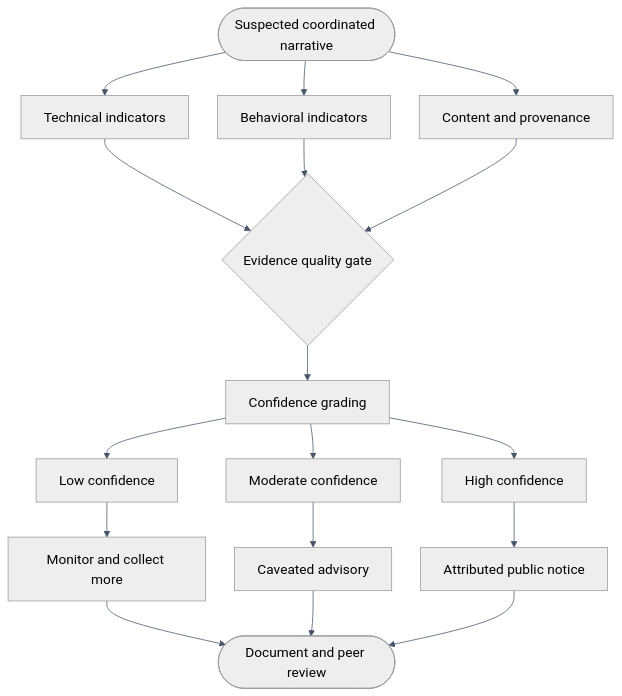
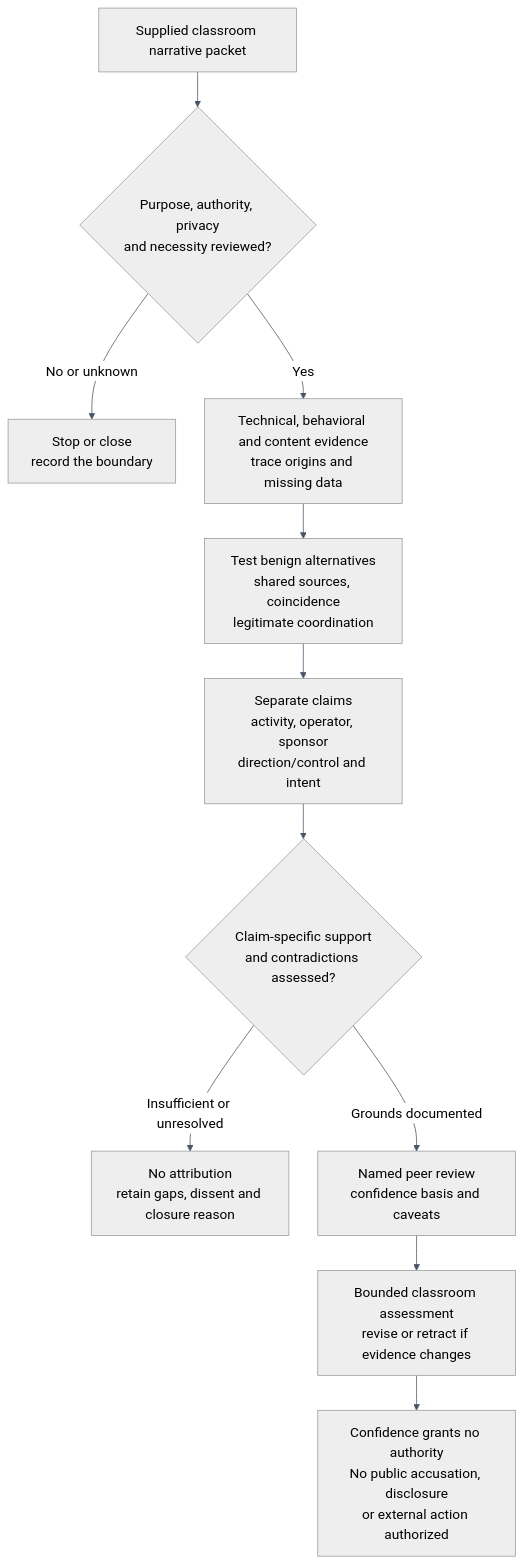
Before and after one commit to docxology/AGEINT: the diagram in output/figures/mermaid/disinformation-detection-attribution-confidence.mmd, drawn with Mermaid. The commit also changed 1158 other files, not shown here.

```diff
--- a/output/figures/mermaid/disinformation-detection-attribution-confidence.mmd
+++ b/output/figures/mermaid/disinformation-detection-attribution-confidence.mmd
@@ -1,19 +1,12 @@
 %%{init: {'theme':'neutral','themeVariables':{'fontSize':'18px','fontFamily':'Arial, sans-serif','primaryColor':'#dbeafe','primaryBorderColor':'#475569','primaryTextColor':'#0f172a','lineColor':'#475569','secondaryColor':'#dcfce7','tertiaryColor':'#fef3c7'},'flowchart':{'htmlLabels':true,'nodeSpacing':38,'rankSpacing':46,'curve':'basis','subGraphTitleMargin':{'top':8,'bottom':12}}}}%%
 flowchart TB
-  S(["Suspected coordinated narrative"])
-  S --> T["Technical indicators"]
-  S --> B["Behavioral indicators"]
-  S --> C["Content and provenance"]
-  T --> G{"Evidence quality gate"}
-  B --> G
-  C --> G
-  G --> J["Confidence grading"]
-  J --> L["Low confidence"]
-  J --> M["Moderate confidence"]
-  J --> H["High confidence"]
-  L --> R1["Monitor and collect more"]
-  M --> R2["Caveated advisory"]
-  H --> R3["Attributed public notice"]
-  R1 --> D(["Document and peer review"])
-  R2 --> D
-  R3 --> D
+    S["Supplied classroom narrative packet"] --> AUTH{"Purpose, authority, privacy<br/>and necessity reviewed?"}
+    AUTH -->|No or unknown| STOP["Stop or close<br/>record the boundary"]
+    AUTH -->|Yes| E["Technical, behavioral and content evidence<br/>trace origins and missing data"]
+    E --> ALT["Test benign alternatives<br/>shared sources, coincidence<br/>legitimate coordination"]
+    ALT --> CLAIMS["Separate claims<br/>activity, operator, sponsor<br/>direction/control and intent"]
+    CLAIMS --> G{"Claim-specific support<br/>and contradictions assessed?"}
+    G -->|Insufficient or unresolved| HOLD["No attribution<br/>retain gaps, dissent and closure reason"]
+    G -->|Grounds documented| REV["Named peer review<br/>confidence basis and caveats"]
+    REV --> NOTE["Bounded classroom assessment<br/>revise or retract if evidence changes"]
+    NOTE --> LIMIT["Confidence grants no authority<br/>No public accusation, disclosure<br/>or external action authorized"]
```
